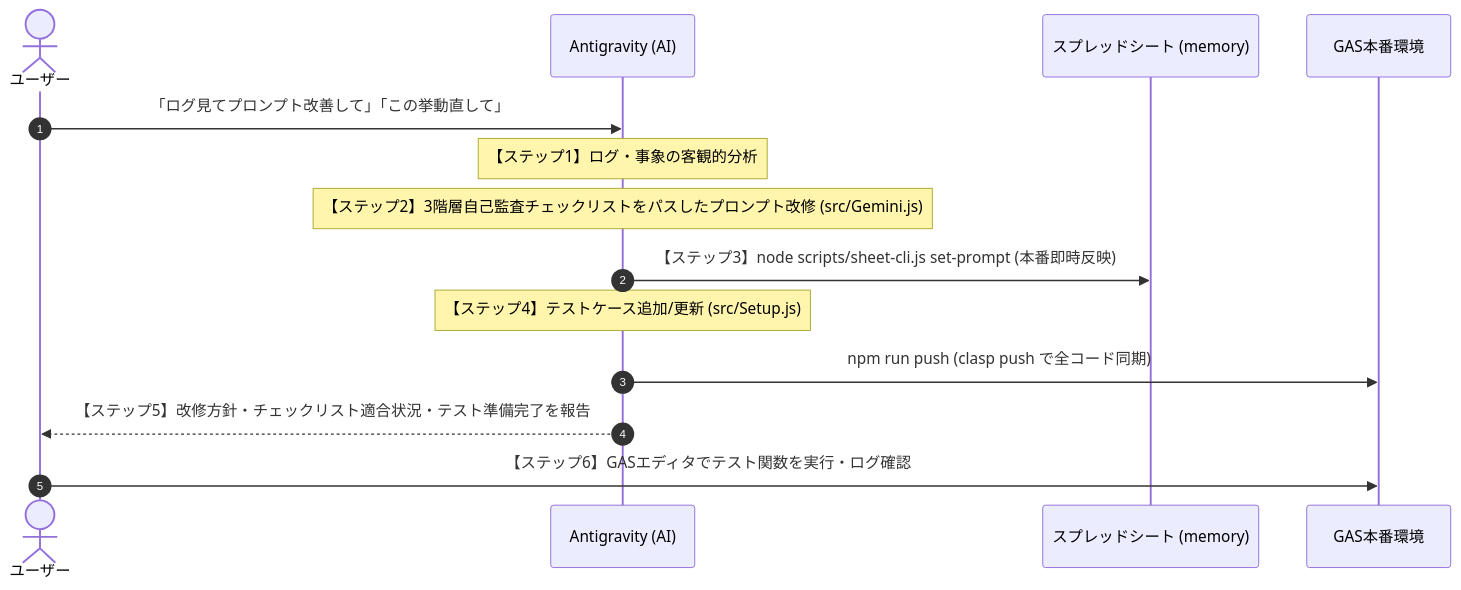
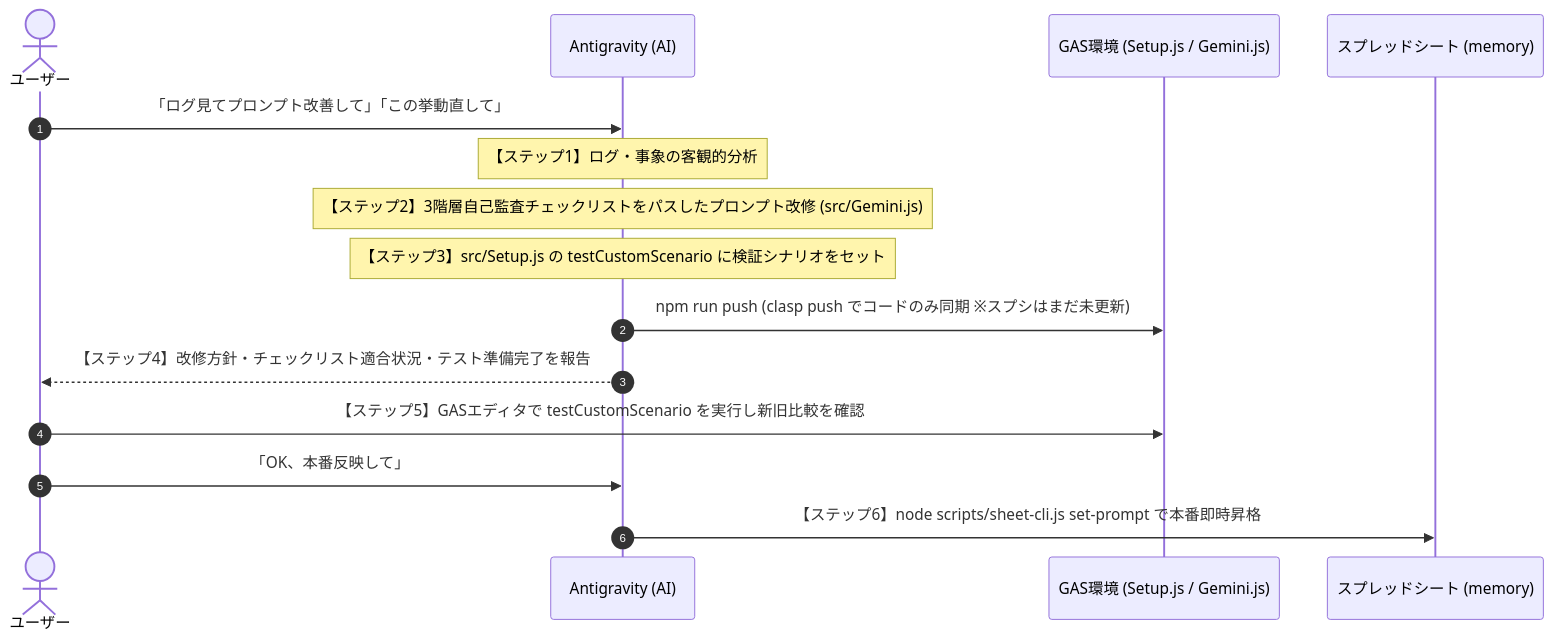
The second of 2 diagrams in .agent/skills/companion-prompt-optimizer/SKILL.md (agehapia13-art/daily-companion), drawn with Mermaid before and after one commit. The commit also changed other lines of this file and 4 other files, not shown here.

Commit message:
refactor: unify prompt test runner in Setup.js and remove obsolete test functions

````diff
--- a/.agent/skills/companion-prompt-optimizer/SKILL.md
+++ b/.agent/skills/companion-prompt-optimizer/SKILL.md
@@ -49,17 +53,18 @@
 ```mermaid
 sequenceDiagram
     autonumber
     actor User as ユーザー
     participant Agent as Antigravity (AI)
+    participant GAS as GAS環境 (Setup.js / Gemini.js)
     participant Sheet as スプレッドシート (memory)
-    participant GAS as GAS本番環境
 
     User->>Agent: 「ログ見てプロンプト改善して」「この挙動直して」
     Note over Agent: 【ステップ1】ログ・事象の客観的分析
     Note over Agent: 【ステップ2】3階層自己監査チェックリストをパスしたプロンプト改修 (src/Gemini.js)
-    Agent->>Sheet: 【ステップ3】node scripts/sheet-cli.js set-prompt (本番即時反映)
-    Note over Agent: 【ステップ4】テストケース追加/更新 (src/Setup.js)
-    Agent->>GAS: npm run push (clasp push で全コード同期)
-    Agent-->>User: 【ステップ5】改修方針・チェックリスト適合状況・テスト準備完了を報告
-    User->>GAS: 【ステップ6】GASエディタでテスト関数を実行・ログ確認
+    Note over Agent: 【ステップ3】src/Setup.js の testCustomScenario に検証シナリオをセット
+    Agent->>GAS: npm run push (clasp push でコードのみ同期 ※スプシはまだ未更新)
+    Agent-->>User: 【ステップ4】改修方針・チェックリスト適合状況・テスト準備完了を報告
+    User->>GAS: 【ステップ5】GASエディタで testCustomScenario を実行し新旧比較を確認
+    User->>Agent: 「OK、本番反映して」
+    Agent->>Sheet: 【ステップ6】node scripts/sheet-cli.js set-prompt で本番即時昇格
 ```
````
